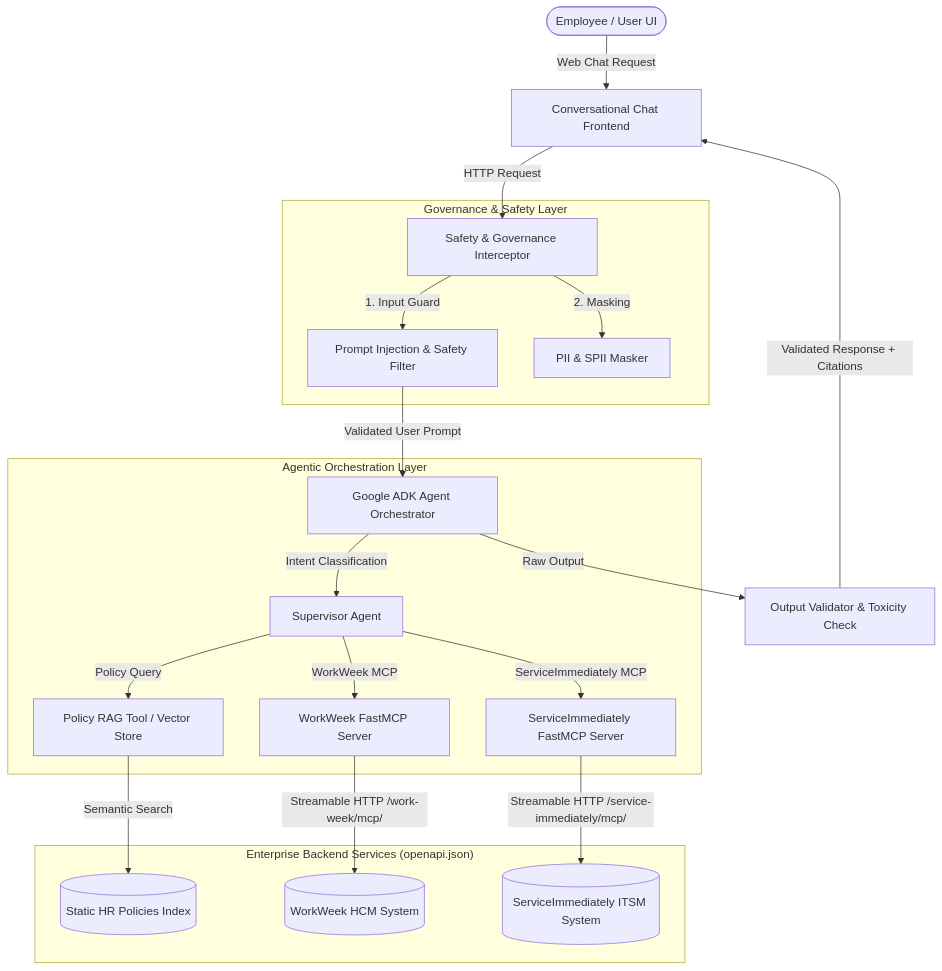
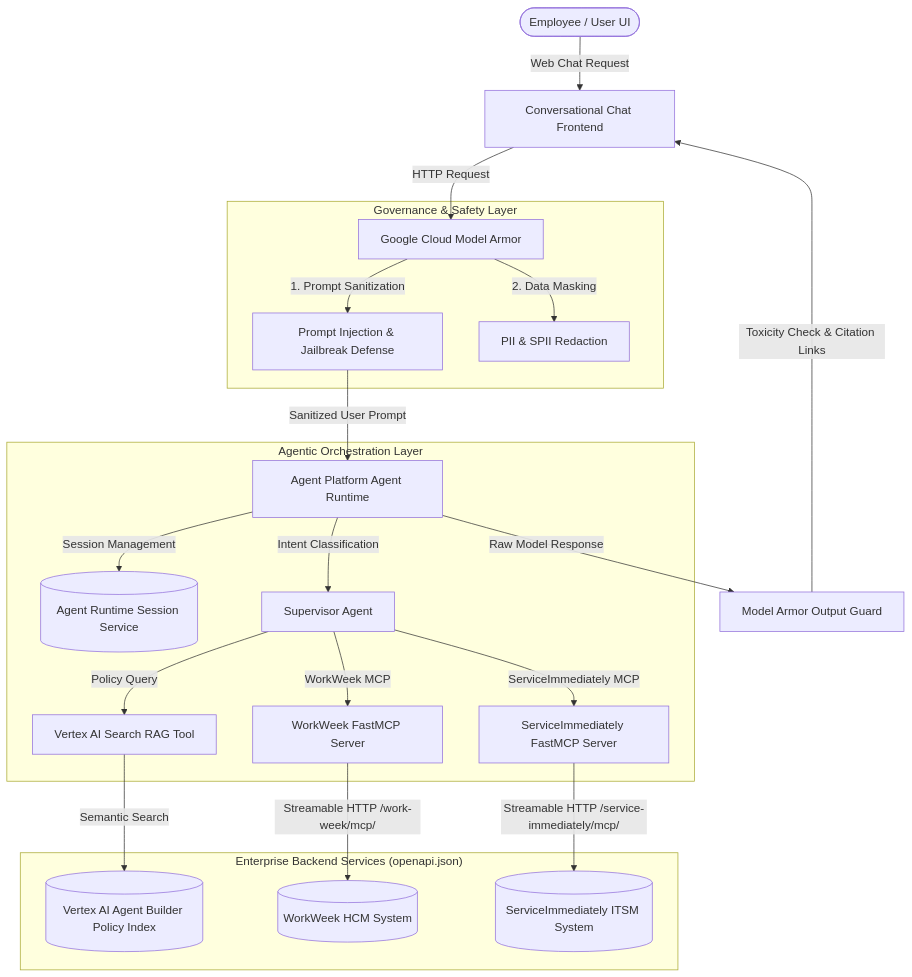
Before and after one commit to yangwhale/elevate-bj-g4: the first of 6 diagrams in SDD_Project_Elevate.md, drawn with Mermaid. The commit also changed other lines of this file, not shown here.

Commit message:
Update SDD with Google Cloud Model Armor, Vertex AI Search RAG, and Agent Runtime Session Service

````diff
--- a/SDD_Project_Elevate.md
+++ b/SDD_Project_Elevate.md
@@ -49,28 +51,29 @@
 ```mermaid
 graph TD
     User(["Employee / User UI"]) -->|Web Chat Request| UI["Conversational Chat Frontend"]
-    UI -->|HTTP Request| Interceptor["Safety & Governance Interceptor"]
+    UI -->|HTTP Request| ModelArmor["Google Cloud Model Armor"]
     
     subgraph Governance["Governance & Safety Layer"]
-        Interceptor -->|1. Input Guard| PromptGuard["Prompt Injection & Safety Filter"]
-        Interceptor -->|2. Masking| PIIRedactor["PII & SPII Masker"]
+        ModelArmor -->|1. Prompt Sanitization| PromptGuard["Prompt Injection & Jailbreak Defense"]
+        ModelArmor -->|2. Data Masking| PIIRedactor["PII & SPII Redaction"]
     end
 
-    PromptGuard -->|Validated User Prompt| Orchestrator["Google ADK Agent Orchestrator"]
+    PromptGuard -->|Sanitized User Prompt| Runtime["Agent Platform Agent Runtime"]
 
-    subgraph Orchestration["Agentic Orchestration Layer"]
-        Orchestrator -->|Intent Classification| Supervisor["Supervisor Agent"]
-        Supervisor -->|Policy Query| PolicyAgent["Policy RAG Tool / Vector Store"]
+    subgraph Agentic Orchestration Layer
+        Runtime -->|Session Management| SessionStore[("Agent Runtime Session Service")]
+        Runtime -->|Intent Classification| Supervisor["Supervisor Agent"]
+        Supervisor -->|Policy Query| PolicyAgent["Vertex AI Search RAG Tool"]
         Supervisor -->|WorkWeek MCP| WorkWeekMCP["WorkWeek FastMCP Server"]
         Supervisor -->|ServiceImmediately MCP| ServiceMCP["ServiceImmediately FastMCP Server"]
     end
 
     subgraph Backend["Enterprise Backend Services (openapi.json)"]
-        PolicyAgent -->|Semantic Search| PolicyKB[("Static HR Policies Index")]
+        PolicyAgent -->|Semantic Search| PolicyKB[("Vertex AI Agent Builder Policy Index")]
         WorkWeekMCP -->|Streamable HTTP /work-week/mcp/| WWBackend[("WorkWeek HCM System")]
         ServiceMCP -->|Streamable HTTP /service-immediately/mcp/| SIMBackend[("ServiceImmediately ITSM System")]
     end
 
-    Orchestrator -->|Raw Output| OutputGuard["Output Validator & Toxicity Check"]
-    OutputGuard -->|Validated Response + Citations| UI
+    Runtime -->|Raw Model Response| OutputArmor["Model Armor Output Guard"]
+    OutputArmor -->|Toxicity Check & Citation Links| UI
 ```
````
